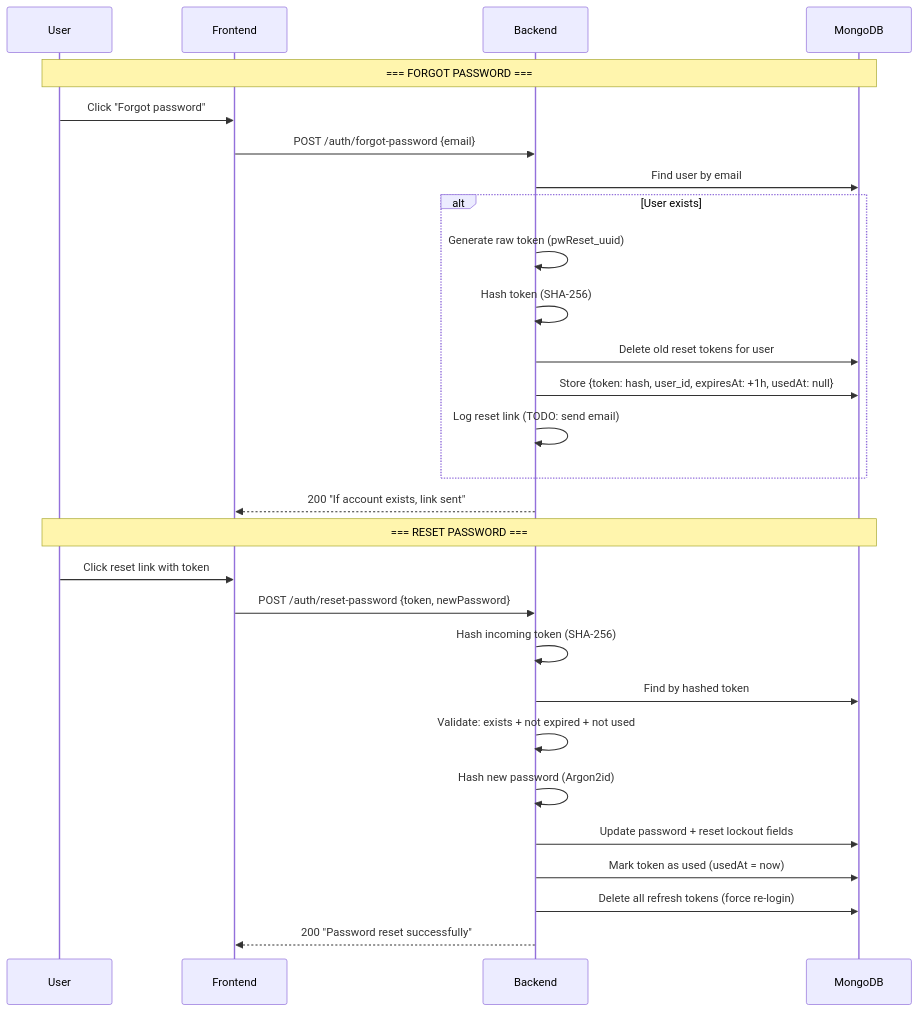
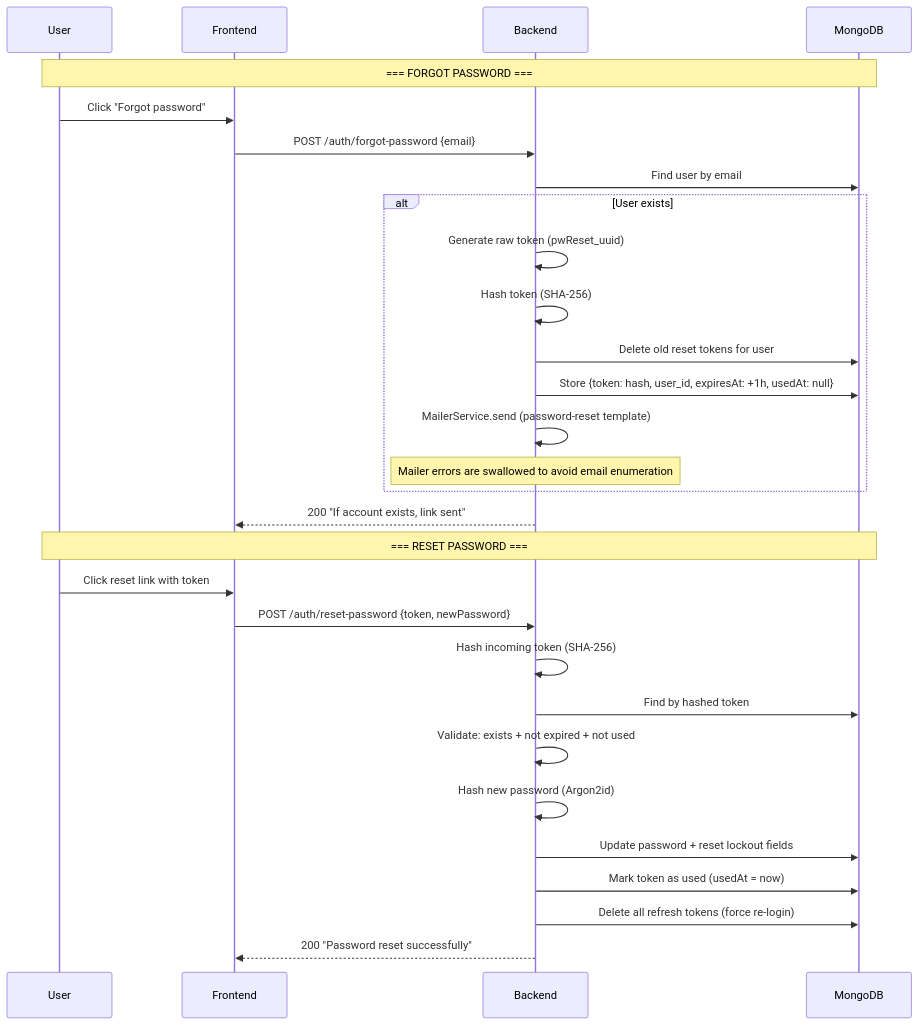
One commit to hugoheynard/SH3PERD changed the seventh of 9 diagrams in apps/backend/documentation/sh3-auth-system.md. Above: the diagram before and after it, drawn with Mermaid. The commit also changed 3 other files, not shown here.

First line of the commit message:
feat(auth): dispatch password-reset email via mailer

````diff
--- a/apps/backend/documentation/sh3-auth-system.md
+++ b/apps/backend/documentation/sh3-auth-system.md
@@ -185,32 +185,33 @@
 ```mermaid
 sequenceDiagram
     participant U as User
     participant F as Frontend
     participant A as Backend
     participant DB as MongoDB
 
     Note over U,DB: === FORGOT PASSWORD ===
     U->>F: Click "Forgot password"
     F->>A: POST /auth/forgot-password {email}
     A->>DB: Find user by email
     alt User exists
         A->>A: Generate raw token (pwReset_uuid)
         A->>A: Hash token (SHA-256)
         A->>DB: Delete old reset tokens for user
         A->>DB: Store {token: hash, user_id, expiresAt: +1h, usedAt: null}
-        A->>A: Log reset link (TODO: send email)
+        A->>A: MailerService.send (password-reset template)
+        Note over A: Mailer errors are swallowed to avoid email enumeration
     end
     A-->>F: 200 "If account exists, link sent"
 
     Note over U,DB: === RESET PASSWORD ===
     U->>F: Click reset link with token
     F->>A: POST /auth/reset-password {token, newPassword}
     A->>A: Hash incoming token (SHA-256)
     A->>DB: Find by hashed token
     A->>A: Validate: exists + not expired + not used
     A->>A: Hash new password (Argon2id)
     A->>DB: Update password + reset lockout fields
     A->>DB: Mark token as used (usedAt = now)
     A->>DB: Delete all refresh tokens (force re-login)
     A-->>F: 200 "Password reset successfully"
 ```
````
